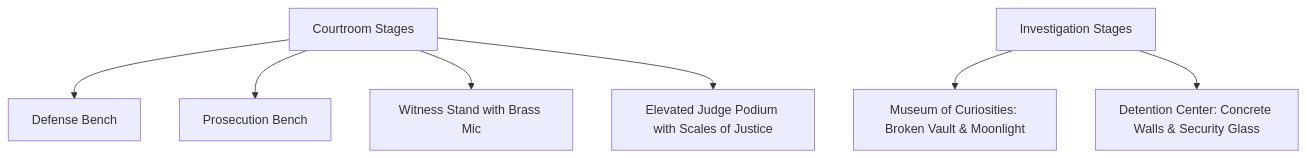
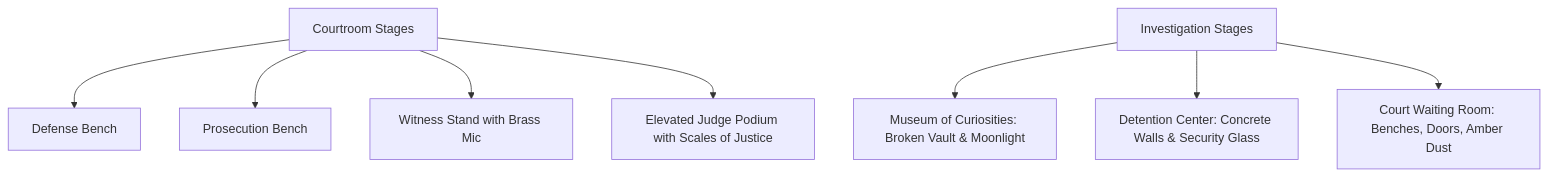
The second of 3 diagrams in docs/specs/artistic-direction.md (luisoncpp/aa-chapulin), drawn with Mermaid before and after one commit. The commit also changed other lines of this file and 23 other files, not shown here.

Commit message:
waiting room

````diff
--- a/docs/specs/artistic-direction.md
+++ b/docs/specs/artistic-direction.md
@@ -74,10 +74,11 @@
 ```mermaid
 graph TD
     M[Courtroom Stages] --> M1[Defense Bench]
     M --> M2[Prosecution Bench]
     M --> M3[Witness Stand with Brass Mic]
     M --> M4[Elevated Judge Podium with Scales of Justice]
     
     I[Investigation Stages] --> I1[Museum of Curiosities: Broken Vault & Moonlight]
     I --> I2[Detention Center: Concrete Walls & Security Glass]
+    I --> I3[Court Waiting Room: Benches, Doors, Amber Dust]
 ```
````
